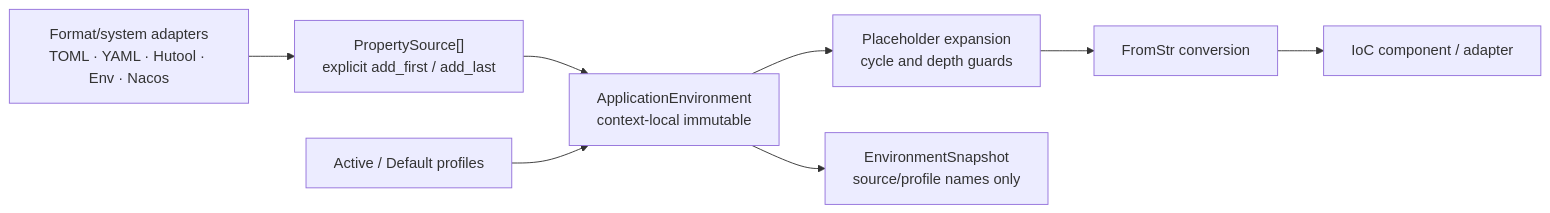
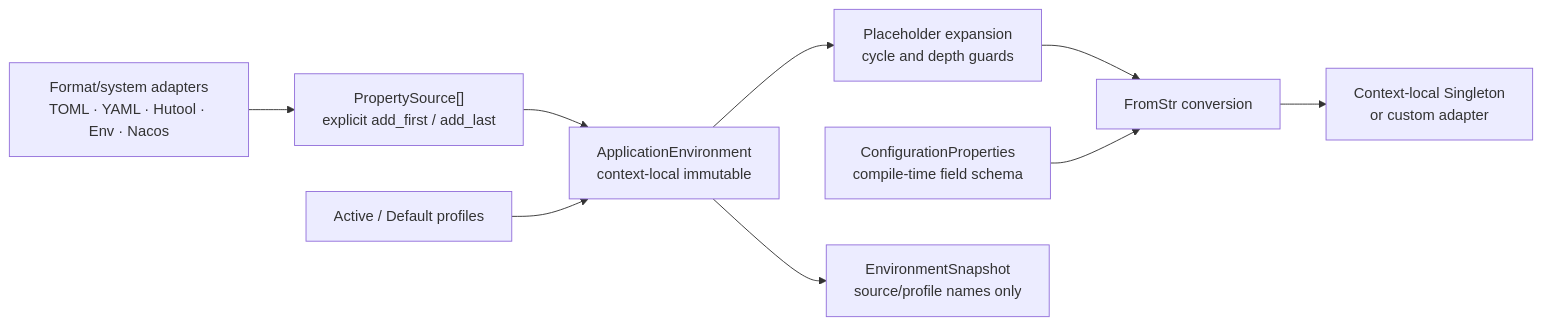
Before and after one commit to easy-4-rust/vernal: the tenth of 21 diagrams in docs/Vernal-Architecture.md, drawn with Mermaid. The commit also changed other lines of this file and 22 other files, not shown here.

Commit message:
feat(context): bind typed configuration components

````diff
--- a/docs/Vernal-Architecture.md
+++ b/docs/Vernal-Architecture.md
@@ -725,17 +729,19 @@
 ```mermaid
 flowchart LR
     Loader["Format/system adapters<br/>TOML · YAML · Hutool · Env · Nacos"]
     Source["PropertySource[]<br/>explicit add_first / add_last"]
     Profiles["Active / Default profiles"]
     Environment["ApplicationEnvironment<br/>context-local immutable"]
     Resolve["Placeholder expansion<br/>cycle and depth guards"]
     Typed["FromStr conversion"]
-    Component["IoC component / adapter"]
+    Schema["ConfigurationProperties<br/>compile-time field schema"]
+    Component["Context-local Singleton<br/>or custom adapter"]
     Snapshot["EnvironmentSnapshot<br/>source/profile names only"]
 
     Loader --> Source
     Source --> Environment
     Profiles --> Environment
-    Environment --> Resolve --> Typed --> Component
+    Environment --> Resolve --> Typed
+    Schema --> Typed --> Component
     Environment --> Snapshot
 ```
````
